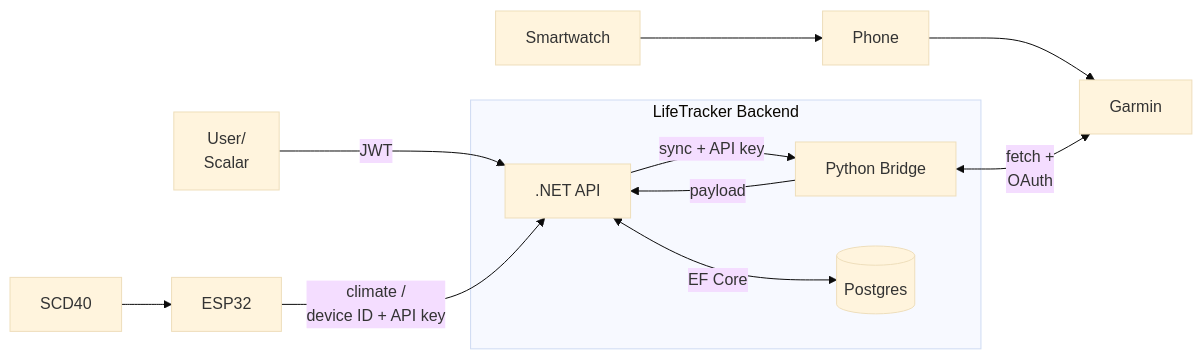
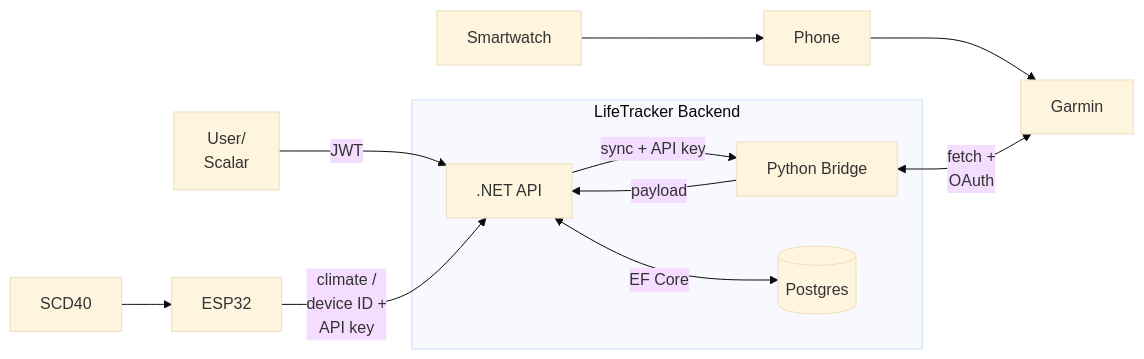
Before and after one commit to 0xNullVOID0/LifeTracker: the diagram in README.md, drawn with Mermaid (base theme). The commit also changed other lines of this file, not shown here.

````diff
--- a/README.md
+++ b/README.md
@@ -26,17 +26,17 @@
 ```mermaid
 flowchart LR
   Watch[Smartwatch] --> Phone[Phone] --> GC[Garmin]
 
   subgraph Stack["LifeTracker Backend"]
     API[".NET API"]
     Bridge["Python Bridge"]
     DB[("Postgres")]
     API -->|"sync + API key"| Bridge
     Bridge -->|"payload"| API
     API <-->|"EF Core"| DB
   end
 
   Bridge <-->|"fetch +</br>OAuth"| GC
   User["User/</br> Scalar"] -->|"JWT"| API
-  SCD[SCD40] --> ESP[ESP32] -->|"climate /</br>device ID + API key"| API
+  SCD[SCD40] --> ESP[ESP32] -->|"climate /</br>device ID +</br>API key"| API
 ```
````
